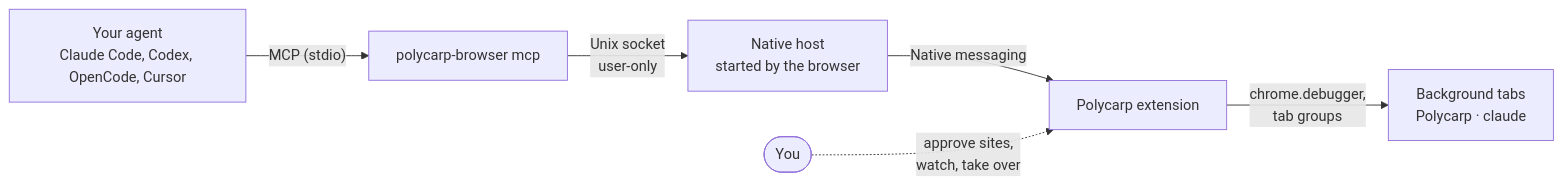
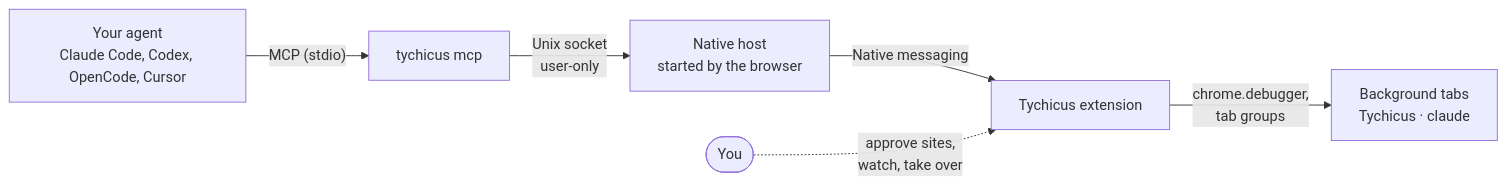
The diagram in browser/GUIDE.md (Students-of-Local/baney-local-studio), drawn with Mermaid before and after one commit. The commit also changed other lines of this file and 18 other files, not shown here.

````diff
--- a/browser/GUIDE.md
+++ b/browser/GUIDE.md
@@ -497,8 +498,8 @@
 ```mermaid
 flowchart LR
-  A["Your agent<br/>Claude Code, Codex, OpenCode, Cursor"] -- "MCP (stdio)" --> B["polycarp-browser mcp"]
+  A["Your agent<br/>Claude Code, Codex, OpenCode, Cursor"] -- "MCP (stdio)" --> B["tychicus mcp"]
   B -- "Unix socket<br/>user-only" --> C["Native host<br/>started by the browser"]
-  C -- "Native messaging" --> D["Polycarp extension"]
-  D -- "chrome.debugger,<br/>tab groups" --> E["Background tabs<br/>Polycarp · claude"]
+  C -- "Native messaging" --> D["Tychicus extension"]
+  D -- "chrome.debugger,<br/>tab groups" --> E["Background tabs<br/>Tychicus · claude"]
   U(["You"]) -. "approve sites,<br/>watch, take over" .-> D
 ```
````
